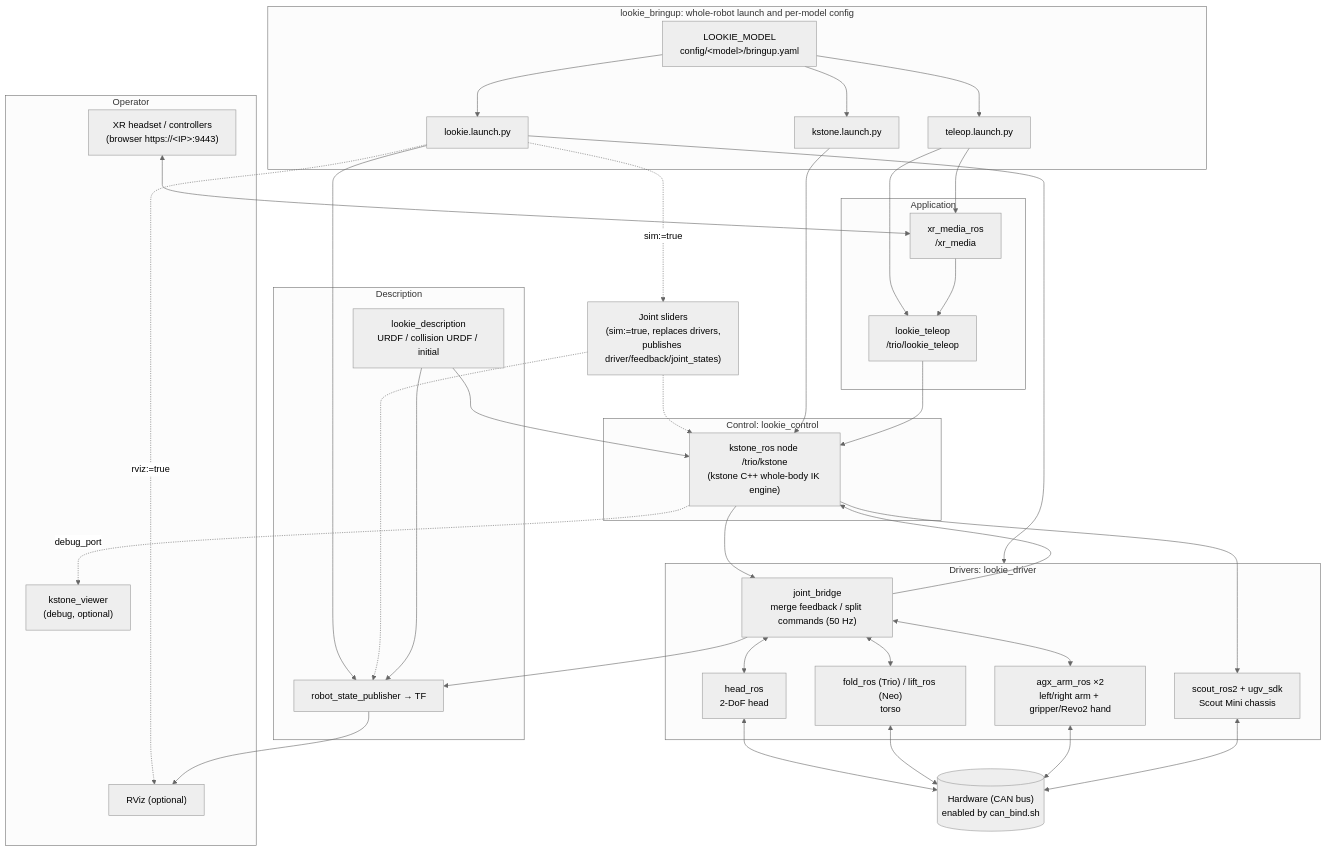
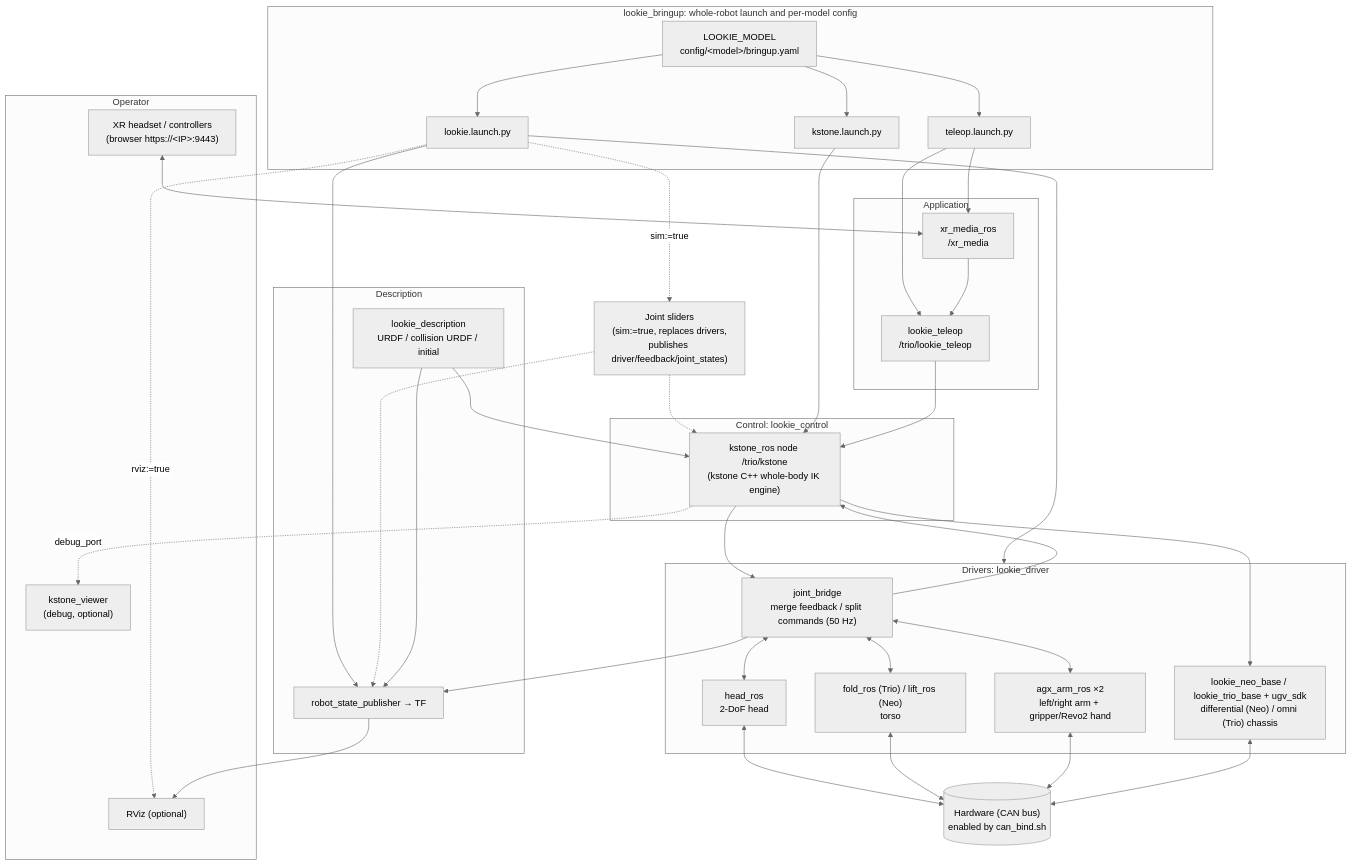
The first of 7 diagrams in docs/architecture.md (AgilexOpensource/lookie_ros), drawn with Mermaid (neutral theme) before and after one commit. The commit also changed other lines of this file and 20 other files, not shown here.

First line of the commit message:
Drive the chassis with one package per model instead of scout_ros2

````diff
--- a/docs/architecture.md
+++ b/docs/architecture.md
@@ -9,65 +9,65 @@
 ```mermaid
 flowchart TB
     subgraph USER["Operator"]
         HMD["XR headset / controllers<br/>(browser https://&lt;IP&gt;:9443)"]
         VIEWER["kstone_viewer<br/>(debug, optional)"]
         RVIZ["RViz (optional)"]
     end
 
     subgraph BRINGUP["lookie_bringup: whole-robot launch and per-model config"]
         MODEL["LOOKIE_MODEL<br/>config/&lt;model&gt;/bringup.yaml"]
         L1["lookie.launch.py"]
         L2["kstone.launch.py"]
         L3["teleop.launch.py"]
     end
 
     subgraph APP["Application"]
         XR["xr_media_ros<br/>/xr_media"]
         TELEOP["lookie_teleop<br/>/trio/lookie_teleop"]
     end
 
     subgraph CTRL["Control: lookie_control"]
         KSTONE["kstone_ros node /trio/kstone<br/>(kstone C++ whole-body IK engine)"]
     end
 
     subgraph DRV["Drivers: lookie_driver"]
         BRIDGE["joint_bridge<br/>merge feedback / split commands (50 Hz)"]
         HEAD["head_ros<br/>2-DoF head"]
         TORSO["fold_ros (Trio) / lift_ros (Neo)<br/>torso"]
         ARM["agx_arm_ros ×2<br/>left/right arm + gripper/Revo2 hand"]
-        CHASSIS["scout_ros2 + ugv_sdk<br/>Scout Mini chassis"]
+        CHASSIS["lookie_neo_base / lookie_trio_base + ugv_sdk<br/>differential (Neo) / omni (Trio) chassis"]
     end
 
     subgraph DESC["Description"]
         URDF["lookie_description<br/>URDF / collision URDF / initial"]
         RSP["robot_state_publisher → TF"]
     end
 
     SIM["Joint sliders<br/>(sim:=true, replaces drivers,<br/>publishes driver/feedback/joint_states)"]
 
     HW[("Hardware (CAN bus)<br/>enabled by can_bind.sh")]
 
     MODEL --> L1 & L2 & L3
     L1 --> DRV
     L1 --> RSP
     L1 -.sim:=true.-> SIM
     SIM -.-> KSTONE
     SIM -.-> RSP
     L1 -.rviz:=true.-> RVIZ
     L2 --> KSTONE
     L3 --> XR & TELEOP
 
     HMD <--> XR
     XR --> TELEOP
     TELEOP --> KSTONE
     KSTONE --> BRIDGE
     KSTONE --> CHASSIS
     BRIDGE --> KSTONE
     BRIDGE <--> HEAD & TORSO & ARM
     HEAD & TORSO & ARM & CHASSIS <--> HW
     URDF --> RSP
     URDF --> KSTONE
     BRIDGE --> RSP
     RSP --> RVIZ
     KSTONE -.debug_port.-> VIEWER
 ```
````
